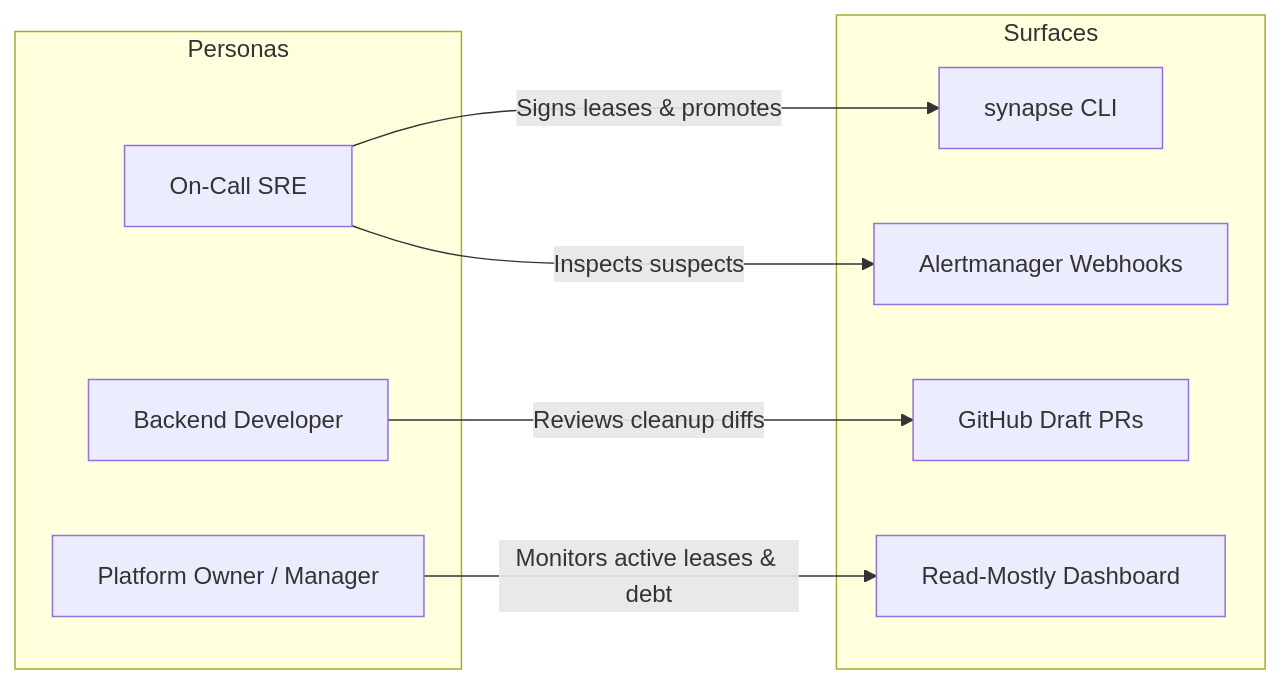
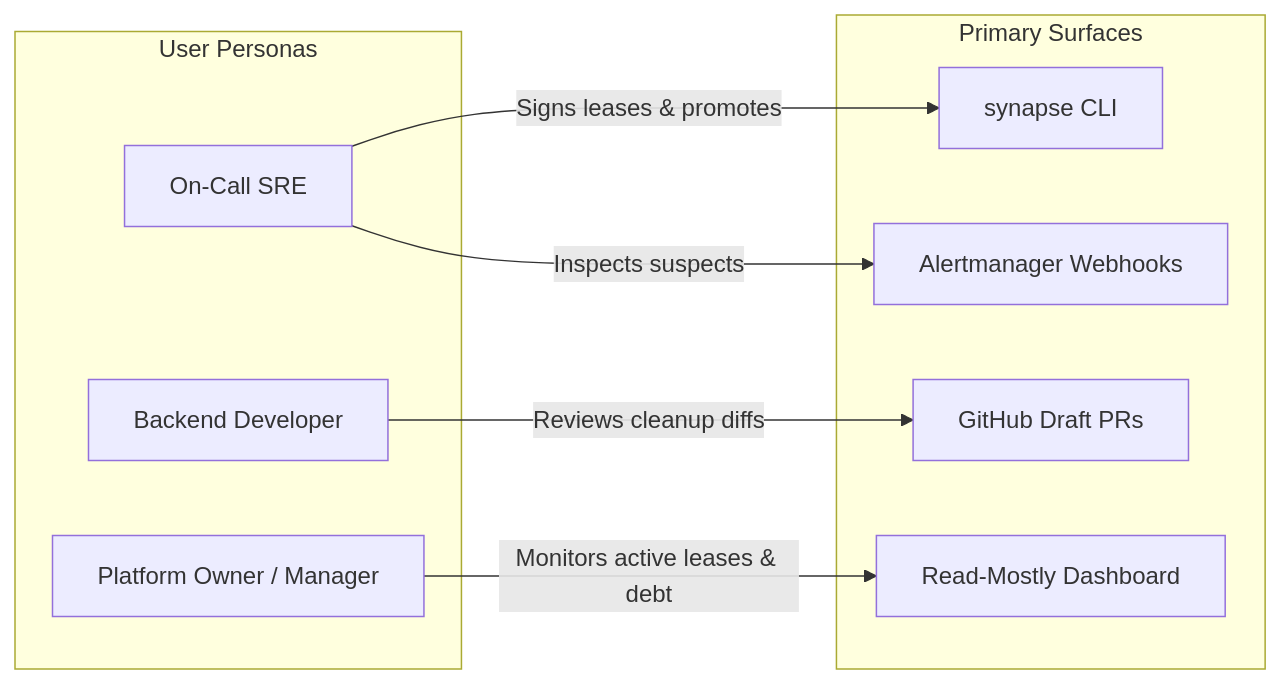
Before and after one commit to adityapawar112/SynapseState: the diagram in PRODUCT.md, drawn with Mermaid. The commit also changed 2 other files, not shown here.

Commit message:
docs: fix Mermaid syntax errors and structure ROADMAP.md as canonical Wayfinder map
Fixes parse and runtime errors across Mermaid diagrams:
- In docs/ROADMAP.md: Removed colons from Gantt task names and simplified label formatting to resolve 'Cannot read properties of undefined (reading type)' error.
- In docs/ARCHITECTURE.md and PRODUCT.md: Quoted all node, subgraph, and edge labels containing special characters, brackets, or slashes to resolve Mermaid parse errors.
- Restructured docs/ROADMAP.md to adhere to the canonical Wayfinder map specification (/wayfinder): Destination, Notes, Decisions so far, Delivery Phasing Gantt, Frontier milestones, Not yet specified (fog of war), Out of scope, and Portfolio evidence map.

````diff
--- a/PRODUCT.md
+++ b/PRODUCT.md
@@ -59,20 +59,20 @@
 ```mermaid
 flowchart LR
-    subgraph Personas
-        SRE[On-Call SRE]
-        DEV[Backend Developer]
-        MGR[Platform Owner / Manager]
+    subgraph Personas ["User Personas"]
+        SRE["On-Call SRE"]
+        DEV["Backend Developer"]
+        MGR["Platform Owner / Manager"]
     end
 
-    subgraph Surfaces
-        CLI[synapse CLI]
-        PR[GitHub Draft PRs]
-        DASH[Read-Mostly Dashboard]
-        ALERT[Alertmanager Webhooks]
+    subgraph Surfaces ["Primary Surfaces"]
+        CLI["synapse CLI"]
+        PR["GitHub Draft PRs"]
+        DASH["Read-Mostly Dashboard"]
+        ALERT["Alertmanager Webhooks"]
     end
 
-    SRE -->|Signs leases & promotes| CLI
-    SRE -->|Inspects suspects| ALERT
-    DEV -->|Reviews cleanup diffs| PR
-    MGR -->|Monitors active leases & debt| DASH
+    SRE -->|"Signs leases & promotes"| CLI
+    SRE -->|"Inspects suspects"| ALERT
+    DEV -->|"Reviews cleanup diffs"| PR
+    MGR -->|"Monitors active leases & debt"| DASH
 ```
````
